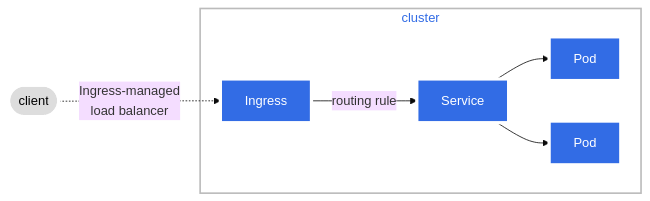
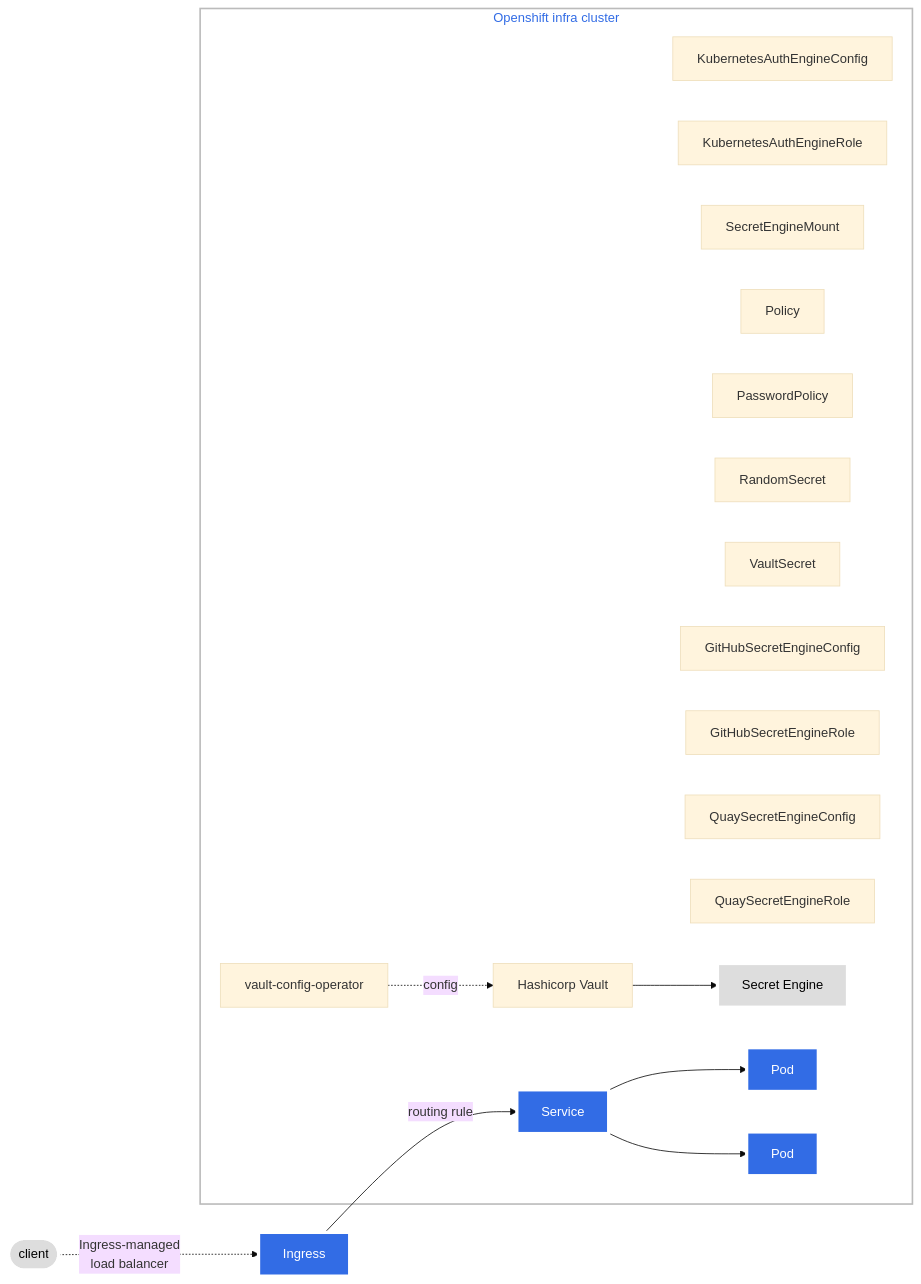
Before and after one commit to redhat-na-ssa/redhat-developer-hub-gitops-bootstrap: the diagram in ansible-automation/playbooks/vault-setup/diagram.md, drawn with Mermaid (base theme). The commit also changed 17 other files, not shown here.

Commit message:
refactoring to deploy vault-config using argocd

````diff
--- a/ansible-automation/playbooks/vault-setup/diagram.md
+++ b/ansible-automation/playbooks/vault-setup/diagram.md
@@ -1,16 +1,33 @@
 ```mermaid
 graph LR;
  client([client])-. Ingress-managed <br> load balancer .->ingress[Ingress];
  ingress-->|routing rule|service[Service];
- subgraph cluster
- ingress;
+ subgraph Openshift infra cluster
+
+ KubernetesAuthEngineConfig;
+ KubernetesAuthEngineRole;
+ SecretEngineMount;
+ Policy;
+ PasswordPolicy;
+ RandomSecret;
+ VaultSecret;
+ GitHubSecretEngineConfig;
+ GitHubSecretEngineRole;
+ QuaySecretEngineConfig;
+ QuaySecretEngineRole;
+
+ vault-config-operator-. config .->vault[Hashicorp Vault];
+ vault-->secret-engine[Secret Engine]
+
  service-->pod1[Pod];
  service-->pod2[Pod];
  end
+ classDef vault fill:#ddd,stroke:#fff,stroke-width:4px,color:#000;
  classDef plain fill:#ddd,stroke:#fff,stroke-width:4px,color:#000;
  classDef k8s fill:#326ce5,stroke:#fff,stroke-width:4px,color:#fff;
  classDef cluster fill:#fff,stroke:#bbb,stroke-width:2px,color:#326ce5;
+ class secret-engine vault;
  class ingress,service,pod1,pod2 k8s;
  class client plain;
  class cluster cluster;
 ```
````
